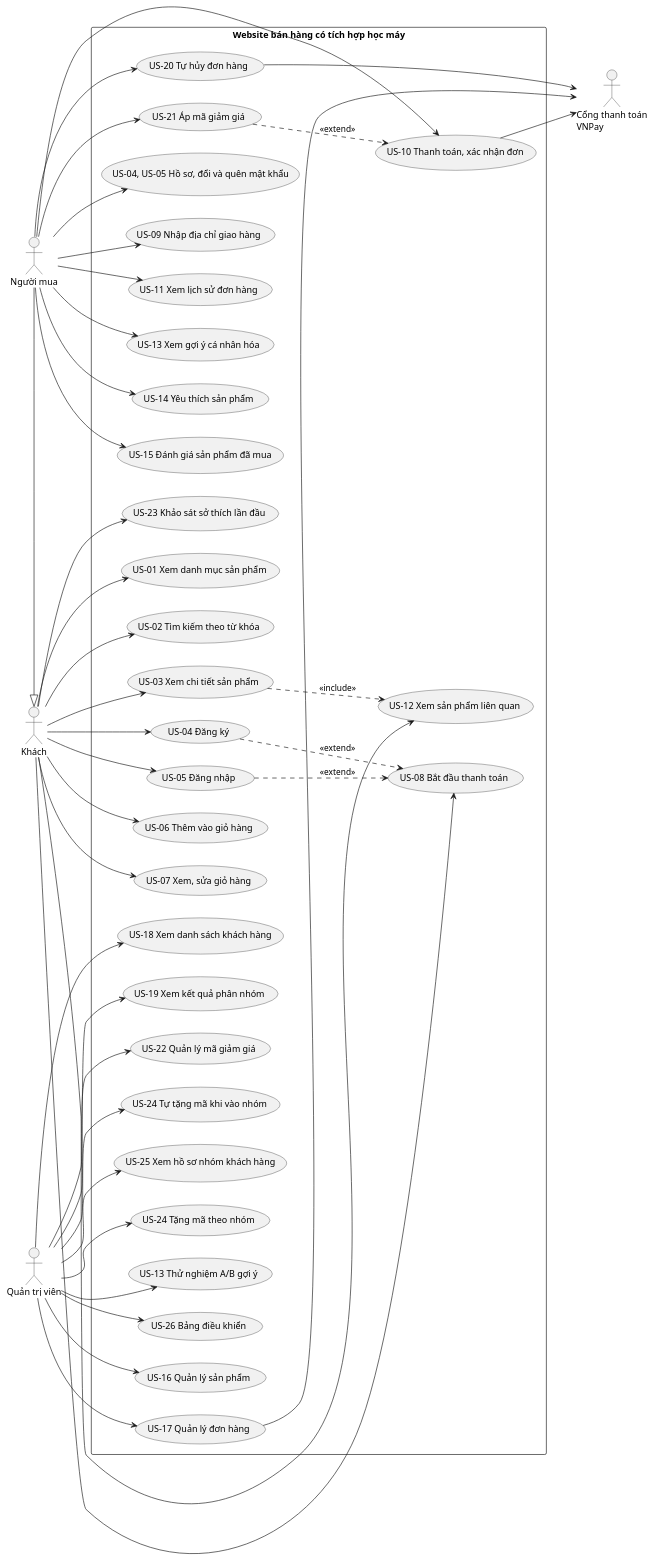
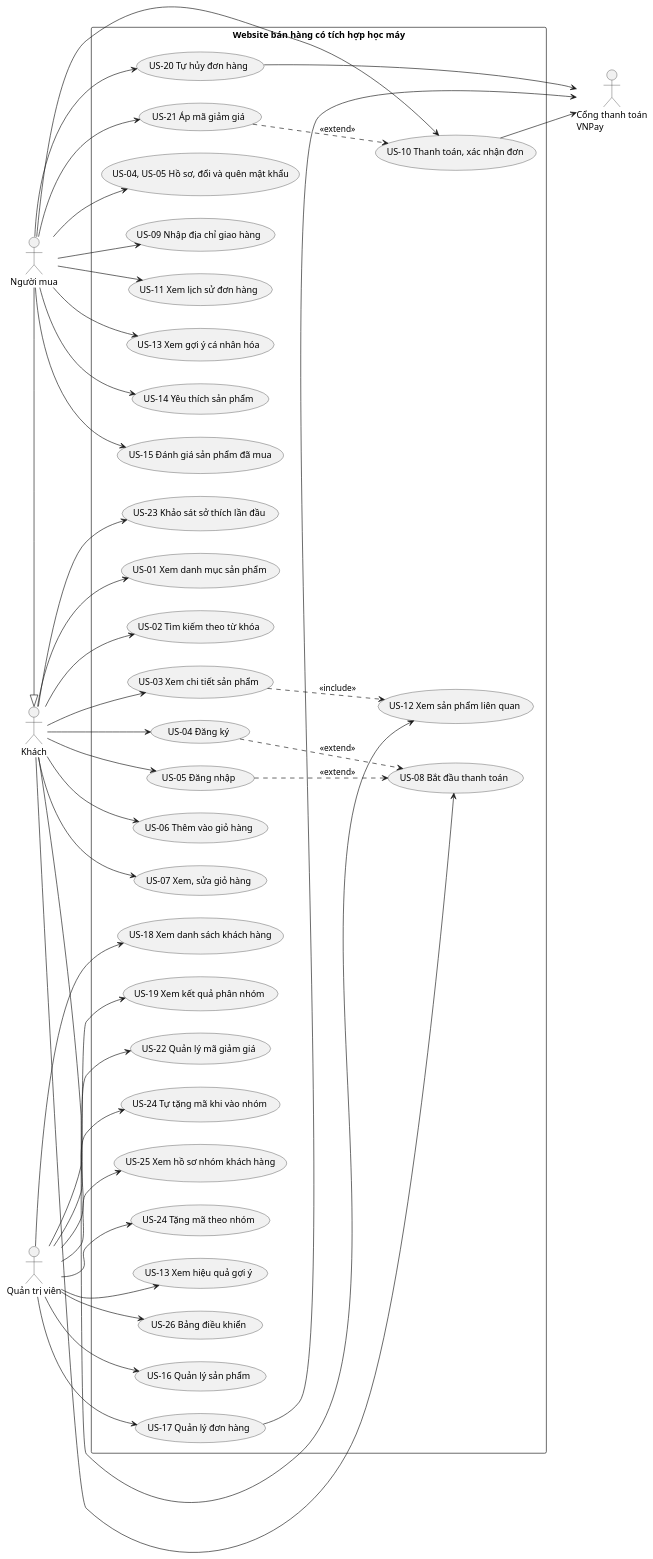
One commit to ngocmanhnct/fashion-recommender-shop changed the first of 10 diagrams in submission_docs/SRS_SDD.MD. Above: the diagram before and after it, drawn with PlantUML. The commit also changed other lines of this file and 41 other files, not shown here.

First line of the commit message:
Bỏ chức năng thử nghiệm A/B gợi ý

````diff
--- a/submission_docs/SRS_SDD.MD
+++ b/submission_docs/SRS_SDD.MD
@@ -949,79 +931,79 @@
 ```plantuml
 @startuml
 left to right direction
 skinparam shadowing false
 skinparam packageStyle rectangle
 actor "Khách" as K
 actor "Người mua" as NM
 actor "Quản trị viên" as QTV
 actor "Cổng thanh toán\nVNPay" as VNP
 NM -|> K
 rectangle "Website bán hàng có tích hợp học máy" {
   usecase "US-01 Xem danh mục sản phẩm" as U1
   usecase "US-02 Tìm kiếm theo từ khóa" as U2
   usecase "US-03 Xem chi tiết sản phẩm" as U3
   usecase "US-04 Đăng ký" as U4
   usecase "US-05 Đăng nhập" as U5
   usecase "US-06 Thêm vào giỏ hàng" as U6
   usecase "US-07 Xem, sửa giỏ hàng" as U7
   usecase "US-08 Bắt đầu thanh toán" as U8
   usecase "US-12 Xem sản phẩm liên quan" as U12
   usecase "US-23 Khảo sát sở thích lần đầu" as U23
   usecase "US-09 Nhập địa chỉ giao hàng" as U9
   usecase "US-10 Thanh toán, xác nhận đơn" as U10
   usecase "US-11 Xem lịch sử đơn hàng" as U11
   usecase "US-13 Xem gợi ý cá nhân hóa" as U13
   usecase "US-14 Yêu thích sản phẩm" as U14
   usecase "US-15 Đánh giá sản phẩm đã mua" as U15
   usecase "US-20 Tự hủy đơn hàng" as U20
   usecase "US-21 Áp mã giảm giá" as U21
   usecase "US-04, US-05 Hồ sơ, đổi và quên mật khẩu" as U29
   usecase "US-16 Quản lý sản phẩm" as U16
   usecase "US-17 Quản lý đơn hàng" as U17
   usecase "US-18 Xem danh sách khách hàng" as U18
   usecase "US-19 Xem kết quả phân nhóm" as U19
   usecase "US-22 Quản lý mã giảm giá" as U22
   usecase "US-24 Tự tặng mã khi vào nhóm" as U24
   usecase "US-25 Xem hồ sơ nhóm khách hàng" as U25
   usecase "US-24 Tặng mã theo nhóm" as U26
-  usecase "US-13 Thử nghiệm A/B gợi ý" as U27
+  usecase "US-13 Xem hiệu quả gợi ý" as U27
   usecase "US-26 Bảng điều khiển" as U28
 }
 K --> U1
 K --> U2
 K --> U3
 K --> U4
 K --> U5
 K --> U6
 K --> U7
 K --> U8
 K --> U12
 K --> U23
 NM --> U9
 NM --> U10
 NM --> U11
 NM --> U13
 NM --> U14
 NM --> U15
 NM --> U20
 NM --> U21
 NM --> U29
 QTV --> U16
 QTV --> U17
 QTV --> U18
 QTV --> U19
 QTV --> U22
 QTV --> U24
 QTV --> U25
 QTV --> U26
 QTV --> U27
 QTV --> U28
 U10 --> VNP
 U17 --> VNP
 U20 --> VNP
 U3 ..> U12 : <<include>>
 U4 ..> U8 : <<extend>>
 U5 ..> U8 : <<extend>>
 U21 ..> U10 : <<extend>>
 @enduml
 ```
````
